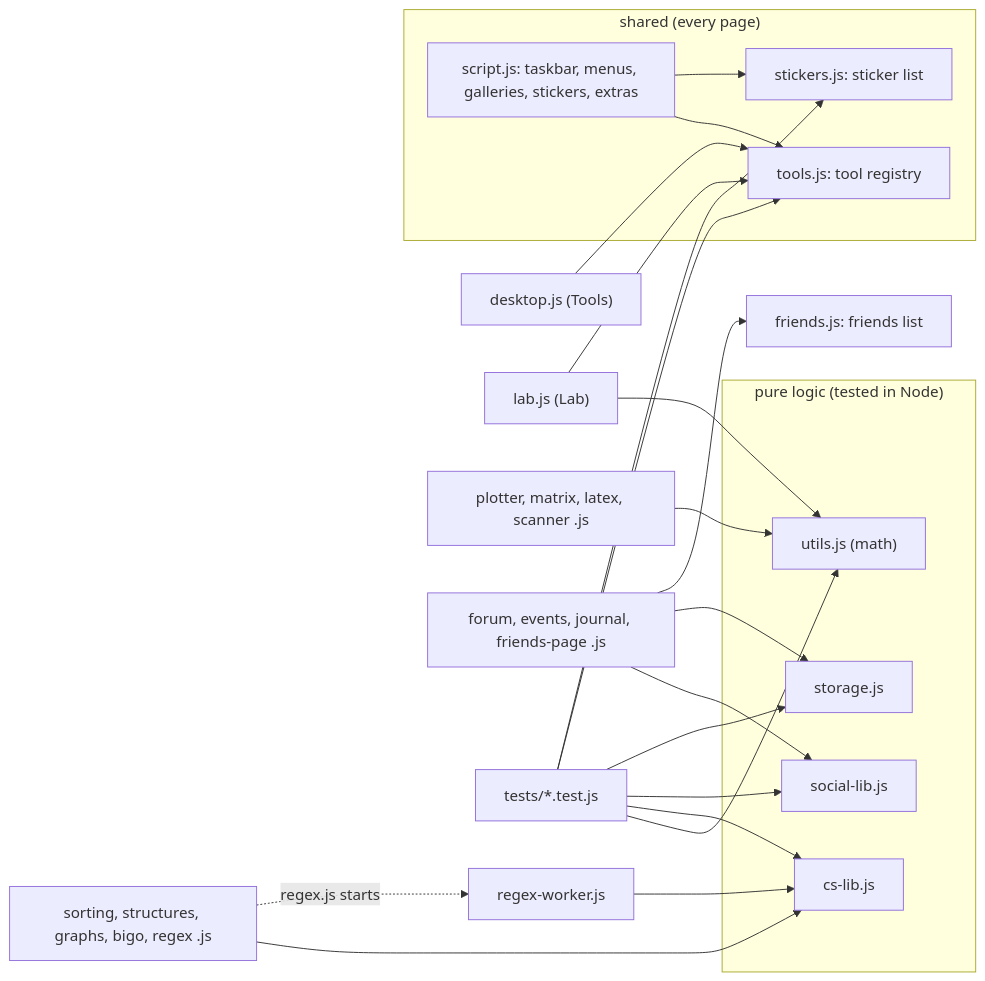
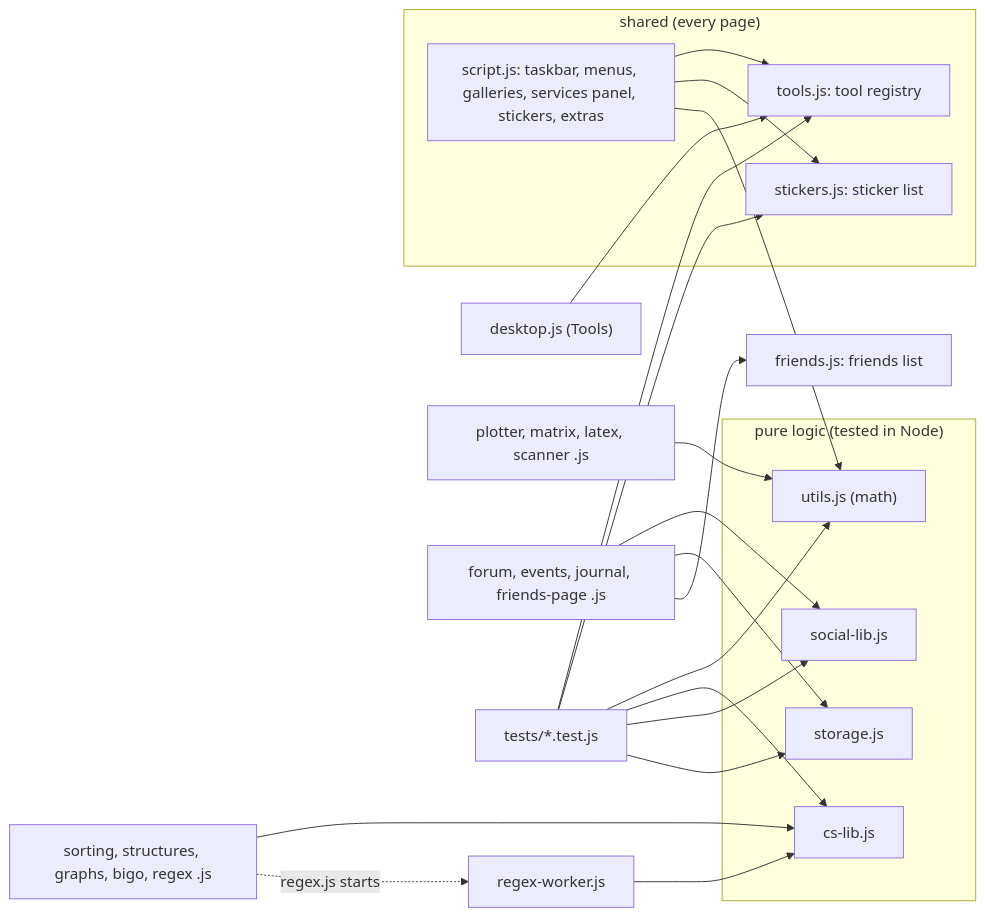
One commit to ChrisMedkit/CS-235-IntroToAI changed the sixth of 13 diagrams in DIAGRAM.md. Above: the diagram before and after it, drawn with Mermaid. The commit also changed other lines of this file and 30 other files, not shown here.

Commit message:
Fill in site content; CD-ROM splash button; Home services panel; Me desk with sticky notes; remove Lab

````diff
--- a/DIAGRAM.md
+++ b/DIAGRAM.md
@@ -93,24 +92,23 @@
 ```mermaid
 flowchart LR
   subgraph shared["shared (every page)"]
-    SC["script.js: taskbar, menus, galleries, stickers, extras"]
+    SC["script.js: taskbar, menus, galleries, services panel, stickers, extras"]
     TL["tools.js: tool registry"]
     STK["stickers.js: sticker list"]
   end
   subgraph libs["pure logic (tested in Node)"]
     U["utils.js (math)"]
     CL["cs-lib.js"]
     SL["social-lib.js"]
     ST["storage.js"]
   end
-  SC --> TL & STK
+  SC --> TL & STK & U
   DK["desktop.js (Tools)"] --> TL
-  LB["lab.js (Lab)"] --> U & TL
   MATH["plotter, matrix, latex, scanner .js"] --> U
   CS["sorting, structures, graphs, bigo, regex .js"] --> CL
   RW["regex-worker.js"] --> CL
   CS -. "regex.js starts" .-> RW
   SOC["forum, events, journal, friends-page .js"] --> SL & ST
   SOC --> FR["friends.js: friends list"]
   T["tests/*.test.js"] --> U & CL & SL & ST & TL & STK
 ```
````
